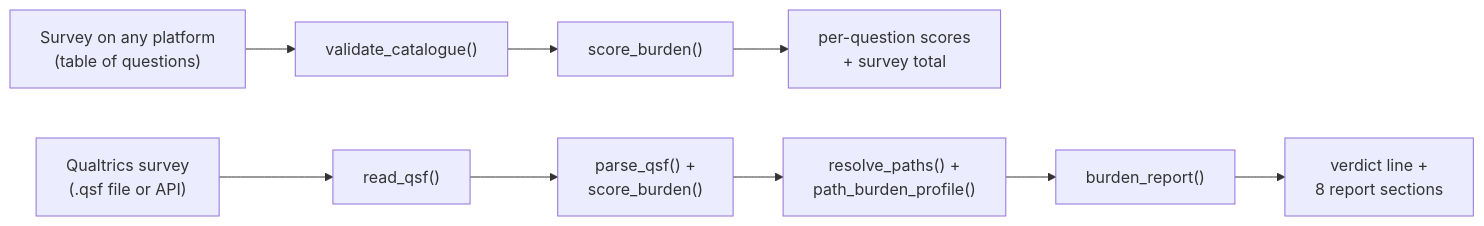
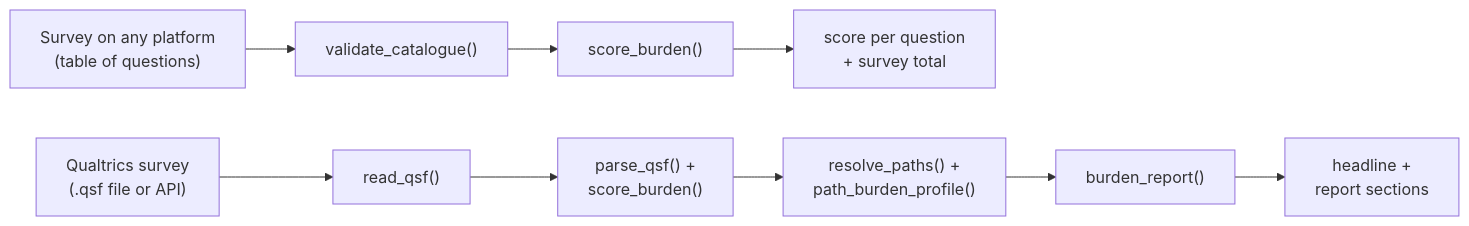
The diagram in README.md (pmpk20/surveyBurden), drawn with Mermaid before and after one commit. The commit also changed other lines of this file and 11 other files, not shown here.

````diff
--- a/README.md
+++ b/README.md
@@ -106,11 +102,11 @@
 ``` mermaid
 flowchart LR
     any["Survey on any platform<br>(table of questions)"] --> val["validate_catalogue()"]
     val --> sb["score_burden()"]
-    sb --> tot["per-question scores<br>+ survey total"]
+    sb --> tot["score per question<br>+ survey total"]
     src["Qualtrics survey<br>(.qsf file or API)"] --> read["read_qsf()"]
     read --> score["parse_qsf() +<br>score_burden()"]
     score --> paths["resolve_paths() +<br>path_burden_profile()"]
     paths --> report["burden_report()"]
-    report --> out["verdict line +<br>8 report sections"]
+    report --> out["headline +<br>report sections"]
 ```
````
